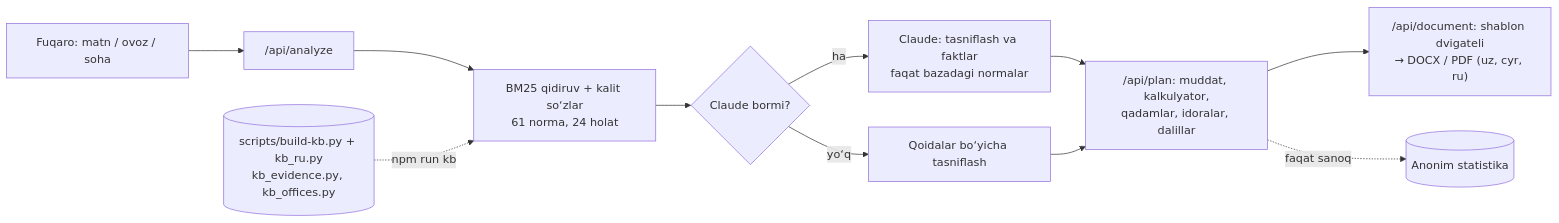
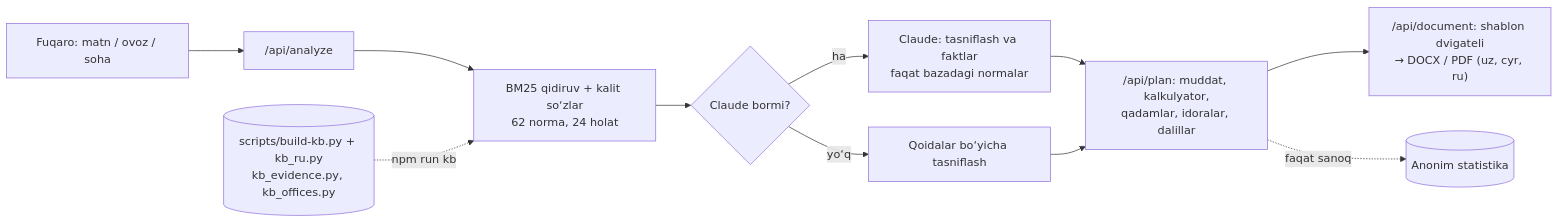
The diagram in README.md (GiyosjonJumayev/huquqyol), drawn with Mermaid before and after one commit. The commit also changed other lines of this file and 11 other files, not shown here.

````diff
--- a/README.md
+++ b/README.md
@@ -47,13 +47,13 @@
 ```mermaid
 flowchart LR
   U[Fuqaro: matn / ovoz / soha] --> A["/api/analyze"]
-  A --> R[BM25 qidiruv + kalit so‘zlar<br/>61 norma, 24 holat]
+  A --> R[BM25 qidiruv + kalit so‘zlar<br/>62 norma, 24 holat]
   R --> C{Claude bormi?}
   C -- ha --> AI[Claude: tasniflash va faktlar<br/>faqat bazadagi normalar]
   C -- yo‘q --> RU[Qoidalar bo‘yicha tasniflash]
   AI --> P["/api/plan: muddat, kalkulyator,<br/>qadamlar, idoralar, dalillar"]
   RU --> P
   P --> D["/api/document: shablon dvigateli<br/>→ DOCX / PDF (uz, cyr, ru)"]
   KB[(scripts/build-kb.py + kb_ru.py<br/>kb_evidence.py, kb_offices.py)] -. npm run kb .-> R
   P -. faqat sanoq .-> S[(Anonim statistika)]
 ```
````
